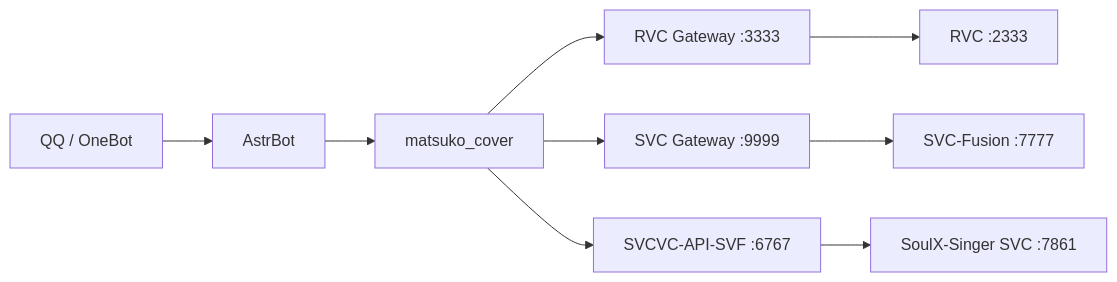
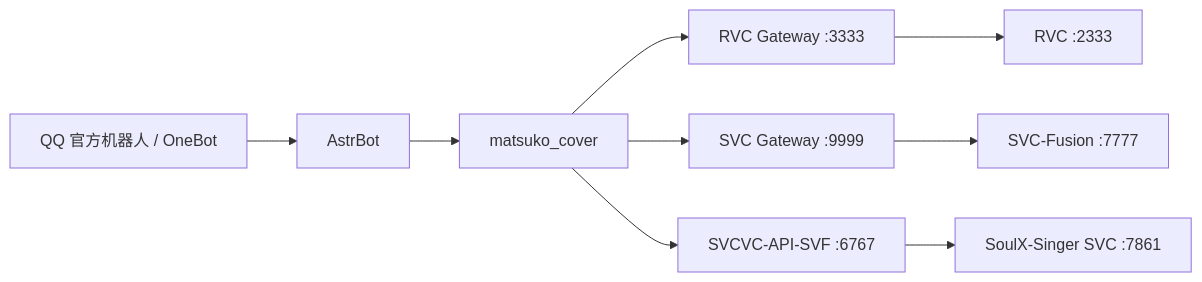
Before and after one commit to sdfsfsk/matsuko_cover: the diagram in README.md, drawn with Mermaid. The commit also changed other lines of this file and 9 other files, not shown here.

````diff
--- a/README.md
+++ b/README.md
@@ -39,11 +40,11 @@
 ```mermaid
 flowchart LR
-    QQ[QQ / OneBot] --> AstrBot
+    QQ[QQ 官方机器人 / OneBot] --> AstrBot
     AstrBot --> Plugin[matsuko_cover]
     Plugin --> RVCAPI[RVC Gateway :3333]
     Plugin --> SVCAPI[SVC Gateway :9999]
     Plugin --> SVCVC[SVCVC-API-SVF :6767]
     RVCAPI --> RVC[RVC :2333]
     SVCAPI --> SVC[SVC-Fusion :7777]
     SVCVC --> SoulX[SoulX-Singer SVC :7861]
 ```
````
